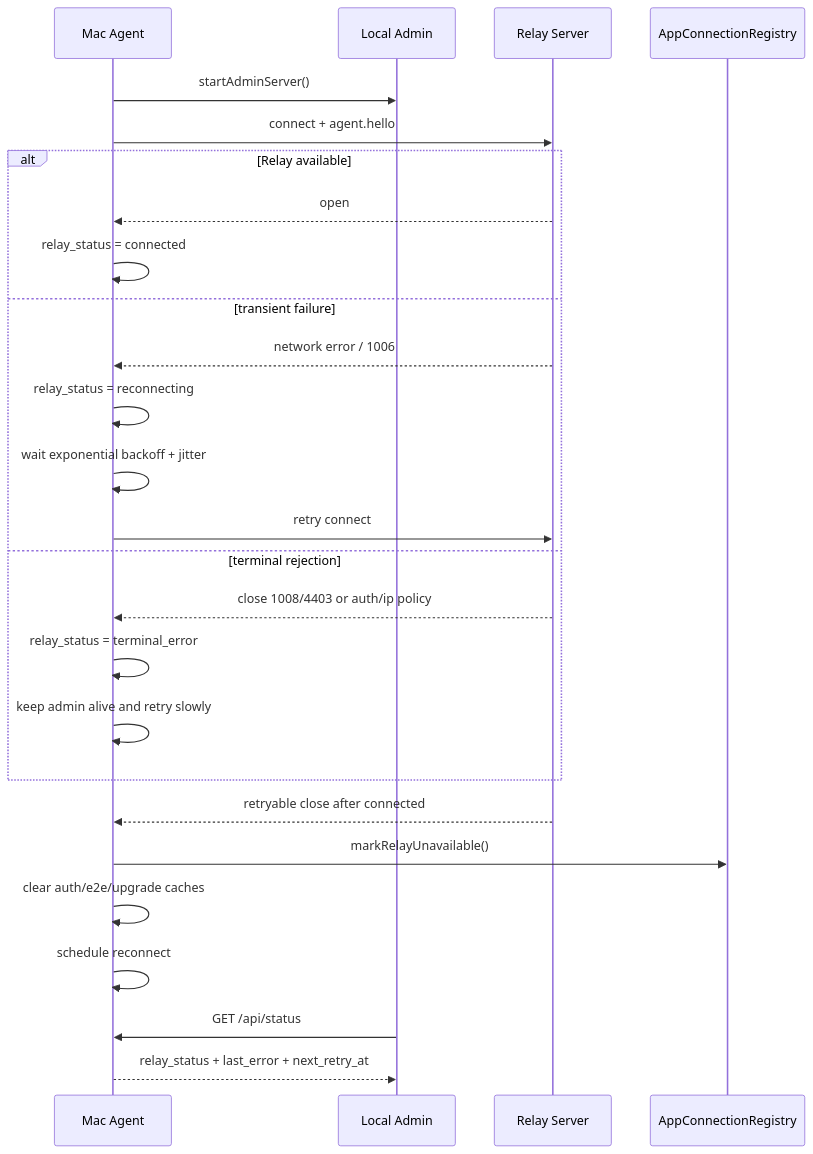
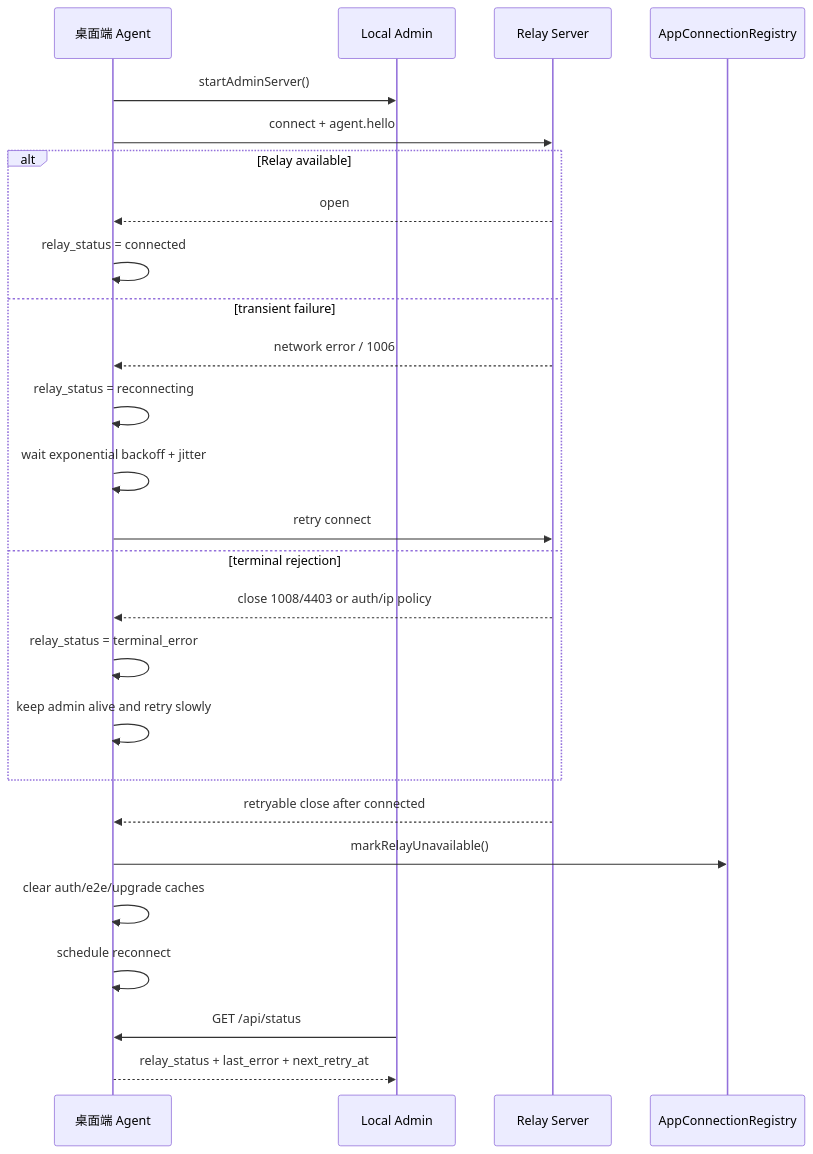
Before and after one commit to zhangbozhb/OmniWork: the second of 2 diagrams in docs/app-installation.md, drawn with Mermaid. The commit also changed other lines of this file and 89 other files, not shown here.

````diff
--- a/docs/app-installation.md
+++ b/docs/app-installation.md
@@ -337,30 +337,30 @@
 ```mermaid
 sequenceDiagram
-    participant Agent as Mac Agent
+    participant Agent as 桌面端 Agent
     participant Admin as Local Admin
     participant Relay as Relay Server
     participant Registry as AppConnectionRegistry
 
     Agent->>Admin: startAdminServer()
     Agent->>Relay: connect + agent.hello
     alt Relay available
         Relay-->>Agent: open
         Agent->>Agent: relay_status = connected
     else transient failure
         Relay-->>Agent: network error / 1006
         Agent->>Agent: relay_status = reconnecting
         Agent->>Agent: wait exponential backoff + jitter
         Agent->>Relay: retry connect
     else terminal rejection
         Relay-->>Agent: close 1008/4403 or auth/ip policy
         Agent->>Agent: relay_status = terminal_error
         Agent->>Agent: keep admin alive and retry slowly
     end
 
     Relay-->>Agent: retryable close after connected
     Agent->>Registry: markRelayUnavailable()
     Agent->>Agent: clear auth/e2e/upgrade caches
     Agent->>Agent: schedule reconnect
     Admin->>Agent: GET /api/status
     Agent-->>Admin: relay_status + last_error + next_retry_at
 ```
````
